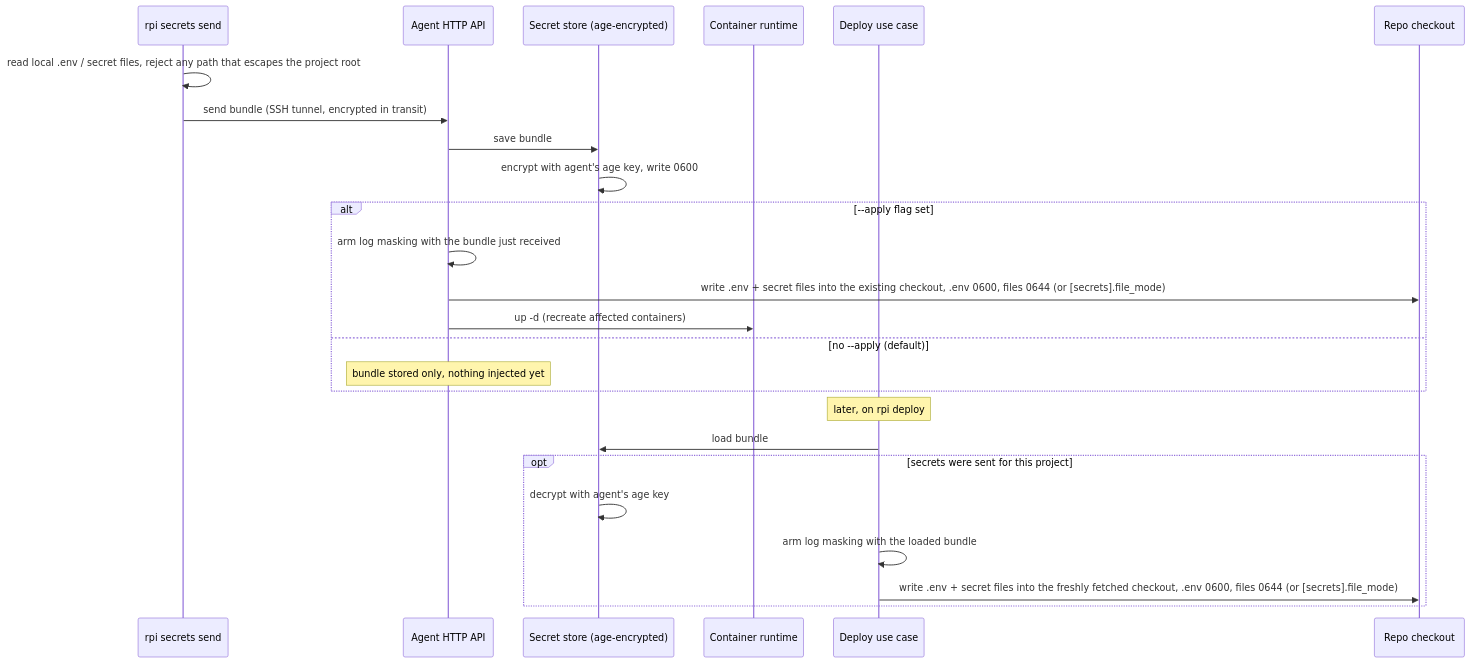
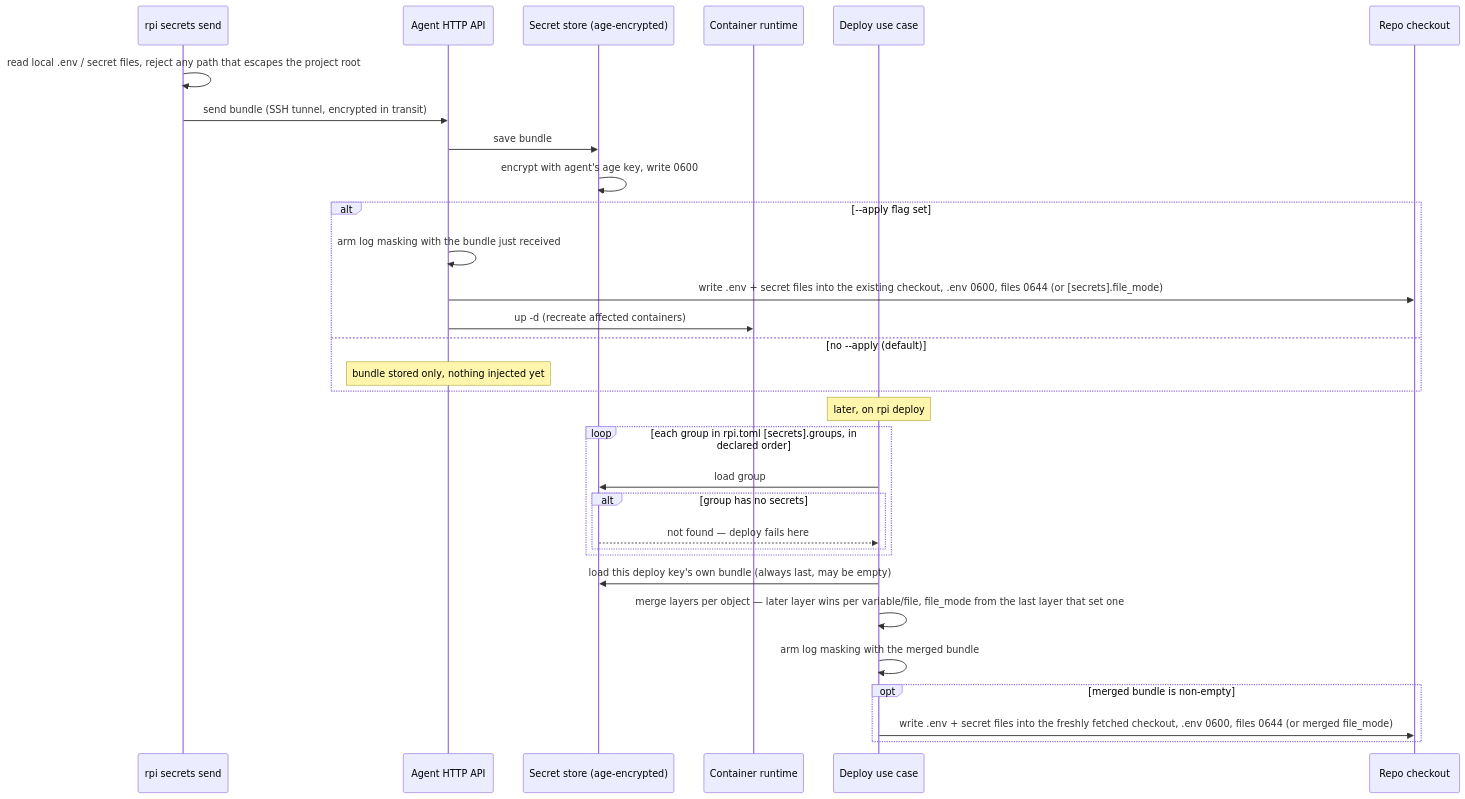
Before and after one commit to khmilevoi/pi-deploy: the diagram in docs/architecture/flows/secrets.md, drawn with Mermaid. The commit also changed other lines of this file and 5 other files, not shown here.

First line of the commit message:
feat(deploy): inject declared secret groups under the key bundle

````diff
--- a/docs/architecture/flows/secrets.md
+++ b/docs/architecture/flows/secrets.md
@@ -10,29 +10,35 @@
 ```mermaid
 sequenceDiagram
     participant CLI as rpi secrets send
     participant API as Agent HTTP API
     participant Store as Secret store (age-encrypted)
     participant Runtime as Container runtime
     participant Dep as Deploy use case
     participant Co as Repo checkout
 
     CLI->>CLI: read local .env / secret files, reject any path that escapes the project root
     CLI->>API: send bundle (SSH tunnel, encrypted in transit)
     API->>Store: save bundle
     Store->>Store: encrypt with agent's age key, write 0600
     alt --apply flag set
         API->>API: arm log masking with the bundle just received
         API->>Co: write .env + secret files into the existing checkout, .env 0600, files 0644 (or [secrets].file_mode)
         API->>Runtime: up -d (recreate affected containers)
     else no --apply (default)
         Note over API: bundle stored only, nothing injected yet
     end
 
     Note over Dep: later, on rpi deploy
-    Dep->>Store: load bundle
-    opt secrets were sent for this project
-        Store->>Store: decrypt with agent's age key
-        Dep->>Dep: arm log masking with the loaded bundle
-        Dep->>Co: write .env + secret files into the freshly fetched checkout, .env 0600, files 0644 (or [secrets].file_mode)
+    loop each group in rpi.toml [secrets].groups, in declared order
+        Dep->>Store: load group
+        alt group has no secrets
+            Store-->>Dep: not found — deploy fails here
+        end
+    end
+    Dep->>Store: load this deploy key's own bundle (always last, may be empty)
+    Dep->>Dep: merge layers per object — later layer wins per variable/file, file_mode from the last layer that set one
+    Dep->>Dep: arm log masking with the merged bundle
+    opt merged bundle is non-empty
+        Dep->>Co: write .env + secret files into the freshly fetched checkout, .env 0600, files 0644 (or merged file_mode)
     end
 ```
````
